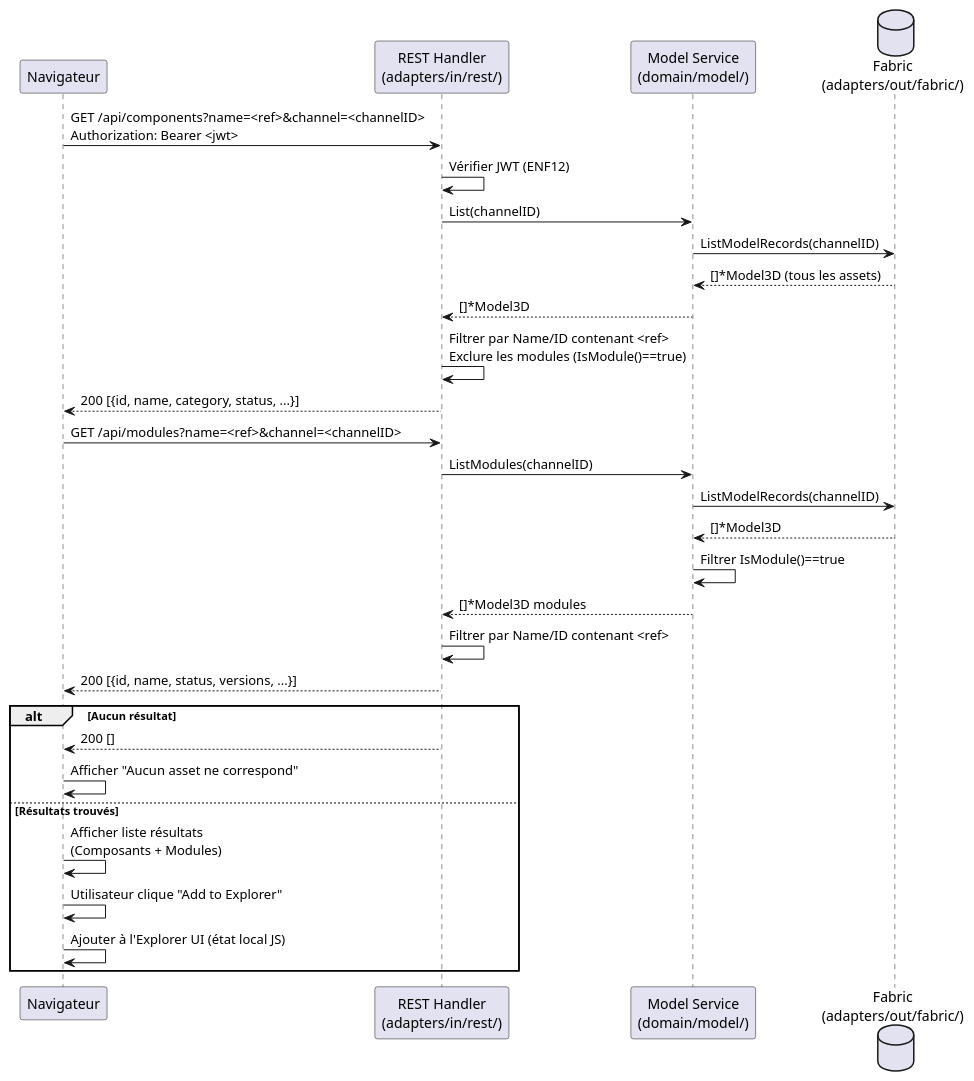
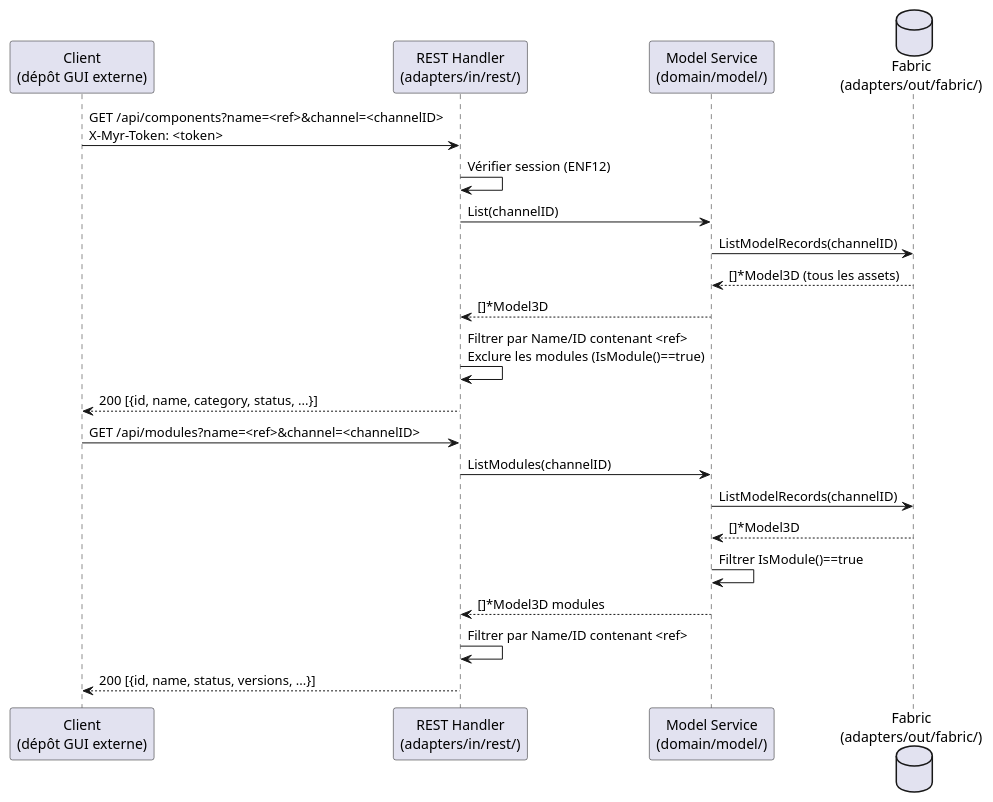
One commit to olivaux/myr changed the second of 2 diagrams in specs/2-Analyse/UCREC-Recherche/UCREC01.md. Above: the diagram before and after it, drawn with PlantUML. The commit also changed other lines of this file and 72 other files, not shown here.

````diff
--- a/specs/2-Analyse/UCREC-Recherche/UCREC01.md
+++ b/specs/2-Analyse/UCREC-Recherche/UCREC01.md
@@ -85,35 +75,26 @@
 ```plantuml
 @startuml
-participant "Navigateur" as Browser
+participant "Client\n(dépôt GUI externe)" as Client
 participant "REST Handler\n(adapters/in/rest/)" as REST
 participant "Model Service\n(domain/model/)" as Service
 database "Fabric\n(adapters/out/fabric/)" as Fabric
 
-Browser -> REST : GET /api/components?name=<ref>&channel=<channelID>\nAuthorization: Bearer <jwt>
-REST -> REST : Vérifier JWT (ENF12)
+Client -> REST : GET /api/components?name=<ref>&channel=<channelID>\nX-Myr-Token: <token>
+REST -> REST : Vérifier session (ENF12)
 REST -> Service : List(channelID)
 Service -> Fabric : ListModelRecords(channelID)
 Fabric --> Service : []*Model3D (tous les assets)
 Service --> REST : []*Model3D
 REST -> REST : Filtrer par Name/ID contenant <ref>\nExclure les modules (IsModule()==true)
-REST --> Browser : 200 [{id, name, category, status, ...}]
+REST --> Client : 200 [{id, name, category, status, ...}]
 
-Browser -> REST : GET /api/modules?name=<ref>&channel=<channelID>
+Client -> REST : GET /api/modules?name=<ref>&channel=<channelID>
 REST -> Service : ListModules(channelID)
 Service -> Fabric : ListModelRecords(channelID)
 Fabric --> Service : []*Model3D
 Service -> Service : Filtrer IsModule()==true
 Service --> REST : []*Model3D modules
 REST -> REST : Filtrer par Name/ID contenant <ref>
-REST --> Browser : 200 [{id, name, status, versions, ...}]
-
-alt Aucun résultat
-    REST --> Browser : 200 []
-    Browser -> Browser : Afficher "Aucun asset ne correspond"
-else Résultats trouvés
-    Browser -> Browser : Afficher liste résultats\n(Composants + Modules)
-    Browser -> Browser : Utilisateur clique "Add to Explorer"
-    Browser -> Browser : Ajouter à l'Explorer UI (état local JS)
-end
+REST --> Client : 200 [{id, name, status, versions, ...}]
 @enduml
 ```
````
